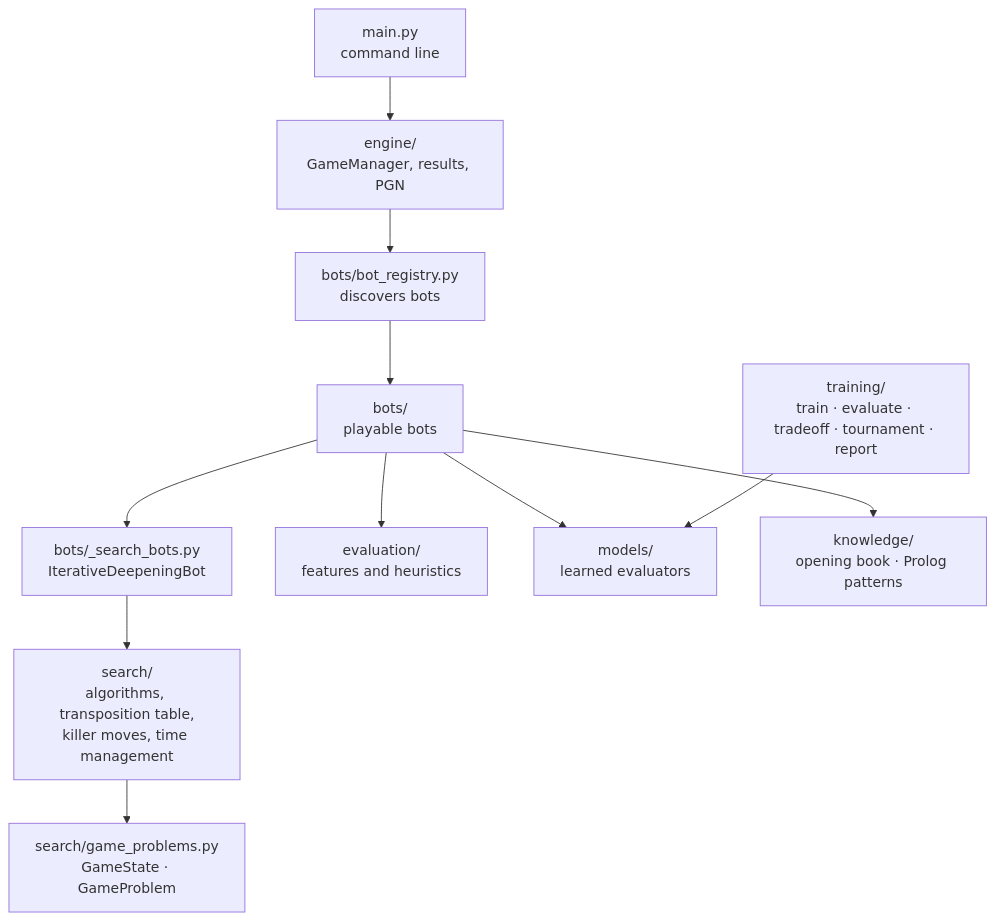
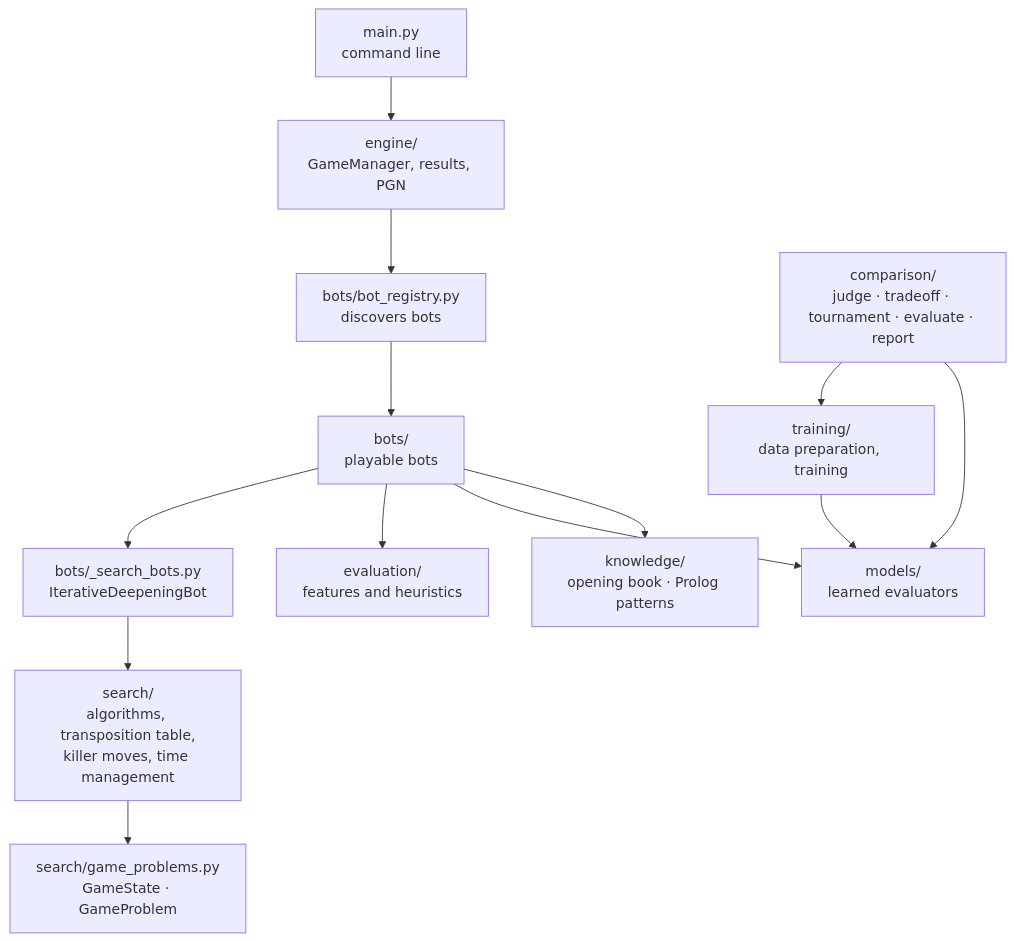
The first of 3 diagrams in docs/ARCHITECTURE.md (JoaquinDeVA/chess-ai-engine), drawn with Mermaid before and after one commit. The commit also changed other lines of this file and 10 other files, not shown here.

````diff
--- a/docs/ARCHITECTURE.md
+++ b/docs/ARCHITECTURE.md
@@ -6,13 +6,15 @@
 ```mermaid
 flowchart TB
     CLI["main.py<br/>command line"] --> GM["engine/<br/>GameManager, results, PGN"]
     GM --> REG["bots/bot_registry.py<br/>discovers bots"]
     REG --> BOTS["bots/<br/>playable bots"]
     BOTS --> BASES["bots/_search_bots.py<br/>IterativeDeepeningBot"]
     BASES --> SEARCH["search/<br/>algorithms, transposition table,<br/>killer moves, time management"]
     BOTS --> EVAL["evaluation/<br/>features and heuristics"]
     BOTS --> MODELS["models/<br/>learned evaluators"]
     BOTS --> KNOW["knowledge/<br/>opening book · Prolog patterns"]
     SEARCH --> GAME["search/game_problems.py<br/>GameState · GameProblem"]
-    TRAIN["training/<br/>train · evaluate · tradeoff · tournament · report"] --> MODELS
+    TRAIN["training/<br/>data preparation, training"] --> MODELS
+    COMP["comparison/<br/>judge · tradeoff · tournament · evaluate · report"] --> TRAIN
+    COMP --> MODELS
 ```
````
